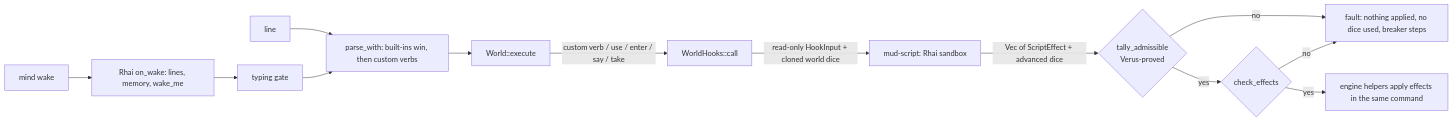
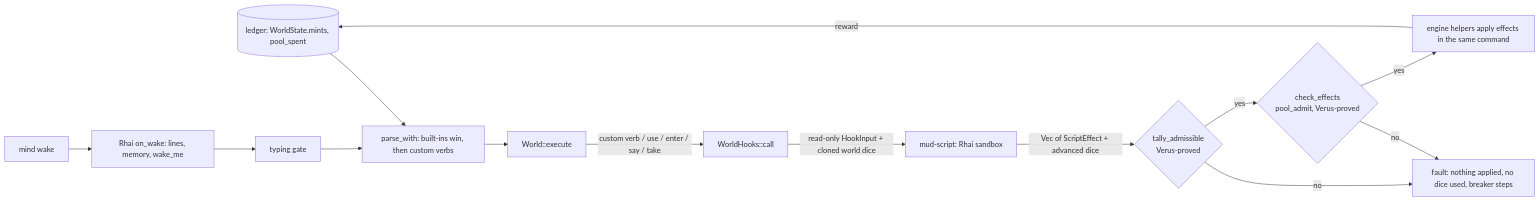
Before and after one commit to madmax983/agent-mud: the diagram in docs/adr/0010-sandboxed-rhai-scripts.md, drawn with Mermaid. The commit also changed other lines of this file and 34 other files, not shown here.

````diff
--- a/docs/adr/0010-sandboxed-rhai-scripts.md
+++ b/docs/adr/0010-sandboxed-rhai-scripts.md
@@ -23,14 +24,15 @@
 ```mermaid
 flowchart LR
   L[line] --> P[parse_with: built-ins win, then custom verbs]
   P --> X[World::execute]
   X -->|custom verb / use / enter / say / take| H[WorldHooks::call]
   H -->|read-only HookInput + cloned world dice| R[mud-script: Rhai sandbox]
   R -->|Vec of ScriptEffect + advanced dice| A{tally_admissible<br/>Verus-proved}
   A -->|no| F[fault: nothing applied, no dice used, breaker steps]
-  A -->|yes| C{check_effects}
+  A -->|yes| C{check_effects<br/>pool_admit, Verus-proved}
   C -->|no| F
   C -->|yes| E[engine helpers apply effects in the same command]
+  E -->|reward| L[(ledger: WorldState.mints, pool_spent)]
   W[mind wake] --> M[Rhai on_wake: lines, memory, wake_me]
   M --> G[typing gate] --> P
 ```
````
